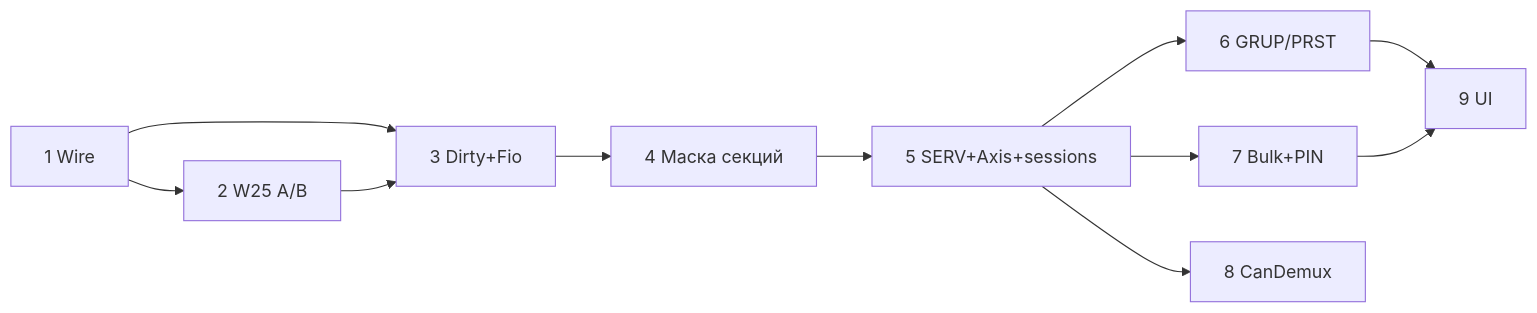
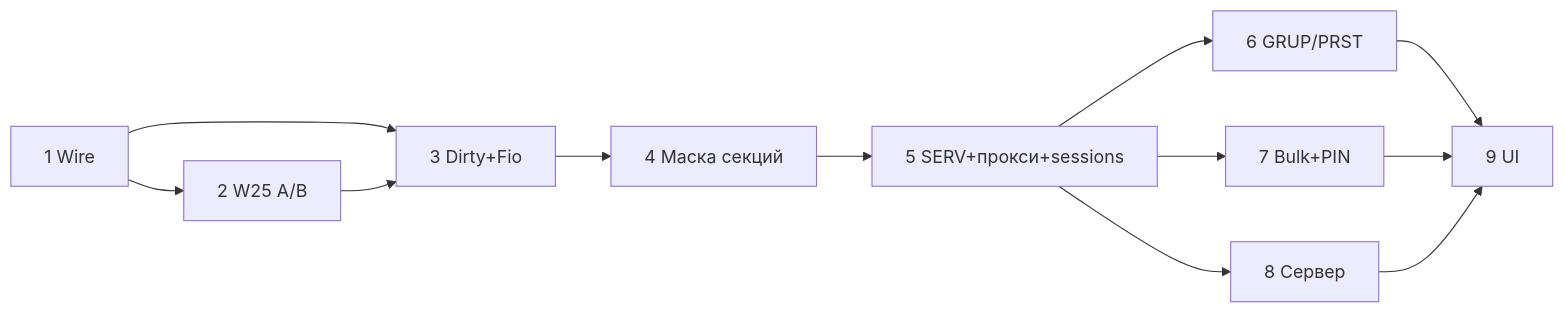
Before and after one commit to gleykinmyu/Embedded: the diagram in PUMS/Console/src/smcp/IMPLEMENTATION.md, drawn with Mermaid. The commit also changed other lines of this file and 106 other files, not shown here.

````diff
--- a/PUMS/Console/src/smcp/IMPLEMENTATION.md
+++ b/PUMS/Console/src/smcp/IMPLEMENTATION.md
@@ -137,13 +229,14 @@
 ```mermaid
 flowchart LR
   F1[1 Wire] --> F2[2 W25 A/B]
   F1 --> F3[3 Dirty+Fio]
   F2 --> F3
   F3 --> F4[4 Маска секций]
-  F4 --> F5[5 SERV+Axis+sessions]
+  F4 --> F5[5 SERV+прокси+sessions]
   F5 --> F6[6 GRUP/PRST]
   F5 --> F7[7 Bulk+PIN]
-  F5 --> F8[8 CanDemux]
+  F5 --> F8[8 Сервер]
   F6 --> F9[9 UI]
   F7 --> F9
+  F8 --> F9
 ```
````
